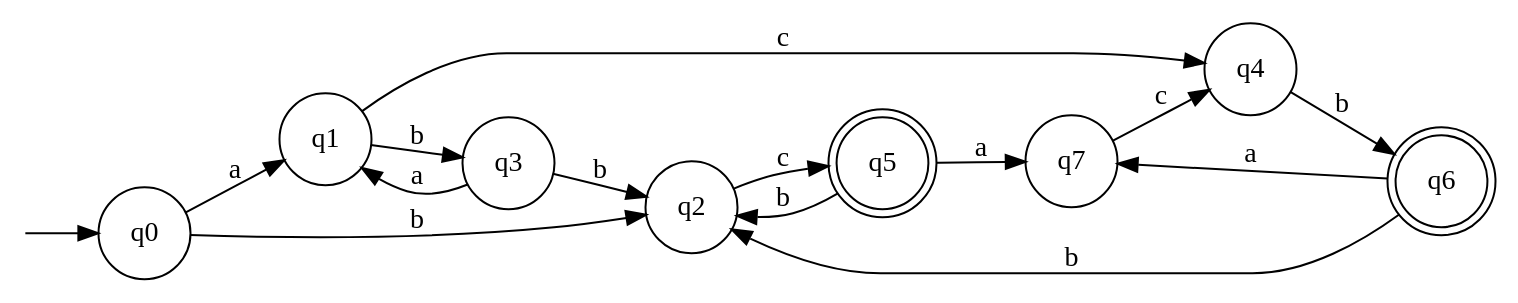
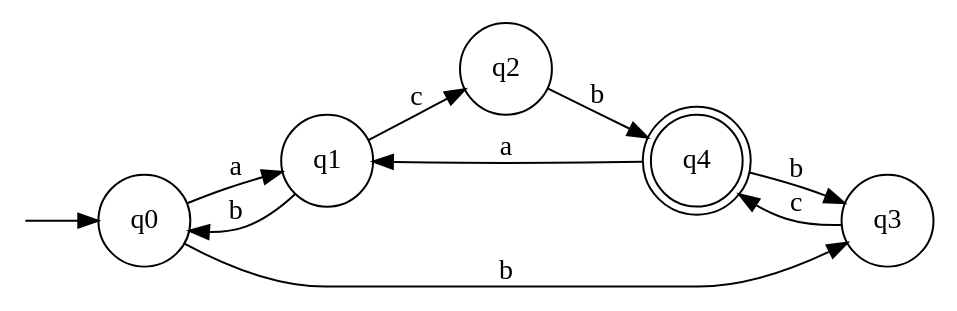
The diagram in dfa.dot (water-mizuu/finite_automata_conversion), drawn with Graphviz before and after one commit. The commit also changed 5 other files, not shown here.

```diff
--- a/dfa.dot
+++ b/dfa.dot
@@ -1,26 +1,18 @@
 digraph G {
   rankdir=LR;
   n__ [label="" shape=none width=.0];
   0 [shape=circle label="q0"];
   1 [shape=circle label="q1"];
   2 [shape=circle label="q2"];
   3 [shape=circle label="q3"];
-  4 [shape=circle label="q4"];
-  5 [shape=doublecircle label="q5"];
-  6 [shape=doublecircle label="q6"];
-  7 [shape=circle label="q7"];
+  4 [shape=doublecircle label="q4"];
   n__ -> 0;
   0 -> 1 [label="a"];
-  0 -> 2 [label="b"];
-  1 -> 3 [label="b"];
-  1 -> 4 [label="c"];
-  2 -> 5 [label="c"];
-  3 -> 1 [label="a"];
-  3 -> 2 [label="b"];
-  4 -> 6 [label="b"];
-  5 -> 7 [label="a"];
-  5 -> 2 [label="b"];
-  6 -> 7 [label="a"];
-  6 -> 2 [label="b"];
-  7 -> 4 [label="c"];
+  0 -> 3 [label="b"];
+  1 -> 0 [label="b"];
+  1 -> 2 [label="c"];
+  2 -> 4 [label="b"];
+  3 -> 4 [label="c"];
+  4 -> 1 [label="a"];
+  4 -> 3 [label="b"];
 }
```
